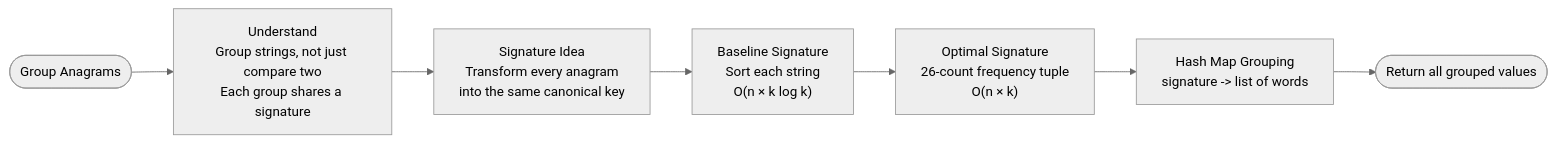
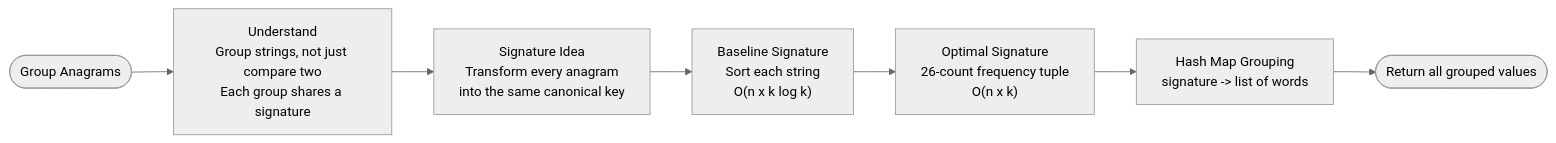
The second of 12 diagrams in 04 - Group Anagrams/README.md (M-F-Tushar/LeetCode-Problem-Solving), drawn with Mermaid (neutral theme) before and after one commit. The commit also changed other lines of this file and 6 other files, not shown here.

Commit message:
fix diagram rendering

````diff
--- a/04 - Group Anagrams/README.md
+++ b/04 - Group Anagrams/README.md
@@ -66,9 +66,9 @@
 ```mermaid
 flowchart LR
     START(["Group Anagrams"]) --> U["Understand\nGroup strings, not just compare two\nEach group shares a signature"]
     U --> S["Signature Idea\nTransform every anagram\ninto the same canonical key"]
-    S --> B["Baseline Signature\nSort each string\nO(n × k log k)"]
-    B --> F["Optimal Signature\n26-count frequency tuple\nO(n × k)"]
+    S --> B["Baseline Signature\nSort each string\nO(n x k log k)"]
+    B --> F["Optimal Signature\n26-count frequency tuple\nO(n x k)"]
     F --> M["Hash Map Grouping\nsignature -> list of words"]
     M --> DONE(["Return all grouped values"])
 ```
````
